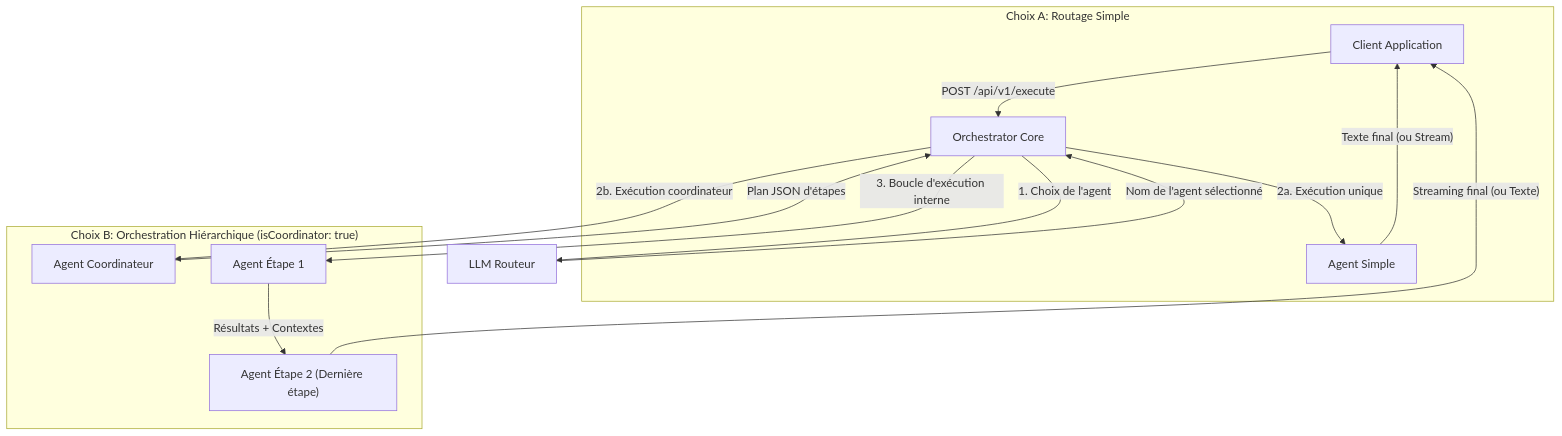
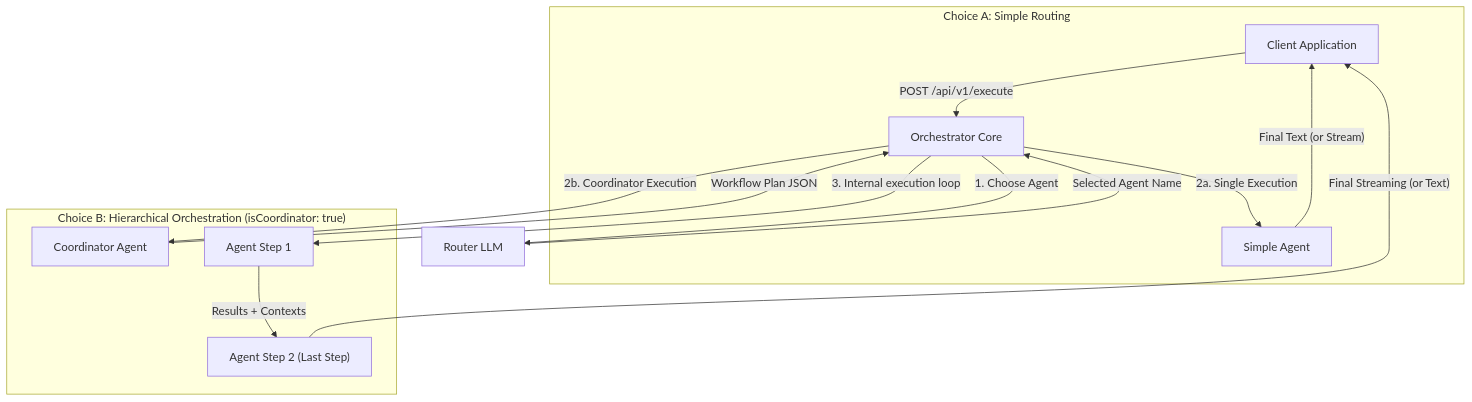
The diagram in README.md (fdesmaretz/agent-orchestrator-core), drawn with Mermaid before and after one commit. The commit also changed other lines of this file, not shown here.

Commit message:
Translate entire README.md to English for open-source visibility & Add "LLM-as-a-Judge" evaluation example with execution curl payload

````diff
--- a/README.md
+++ b/README.md
@@ -41,19 +42,19 @@
 ```mermaid
 graph TD
-    Client[Client Application] -->|POST /api/v1/execute| Orchestrator[Orchestrator Core]
-    Orchestrator -->|1. Choix de l'agent| Router[LLM Routeur]
-    Router -->|Nom de l'agent sélectionné| Orchestrator
+    Client["Client Application"] -->|POST /api/v1/execute| Orchestrator["Orchestrator Core"]
+    Orchestrator -->|"1. Choose Agent"| Router["Router LLM"]
+    Router -->|"Selected Agent Name"| Orchestrator
     
-    subgraph "Choix A: Routage Simple"
-        Orchestrator -->|2a. Exécution unique| AgentSimple[Agent Simple]
-        AgentSimple -->|"Texte final (ou Stream)"| Client
+    subgraph "Choice A: Simple Routing"
+        Orchestrator -->|"2a. Single Execution"| AgentSimple["Simple Agent"]
+        AgentSimple -->|"Final Text (or Stream)"| Client
     end
 
-    subgraph "Choix B: Orchestration Hiérarchique (isCoordinator: true)"
-        Orchestrator -->|2b. Exécution coordinateur| Coord[Agent Coordinateur]
-        Coord -->|Plan JSON d'étapes| Orchestrator
-        Orchestrator -->|3. Boucle d'exécution interne| Step1[Agent Étape 1]
-        Step1 -->|Résultats + Contextes| Step2["Agent Étape 2 (Dernière étape)"]
-        Step2 -->|"Streaming final (ou Texte)"| Client
+    subgraph "Choice B: Hierarchical Orchestration (isCoordinator: true)"
+        Orchestrator -->|"2b. Coordinator Execution"| Coord["Coordinator Agent"]
+        Coord -->|"Workflow Plan JSON"| Orchestrator
+        Orchestrator -->|"3. Internal execution loop"| Step1["Agent Step 1"]
+        Step1 -->|"Results + Contexts"| Step2["Agent Step 2 (Last Step)"]
+        Step2 -->|"Final Streaming (or Text)"| Client
     end
 ```
````
